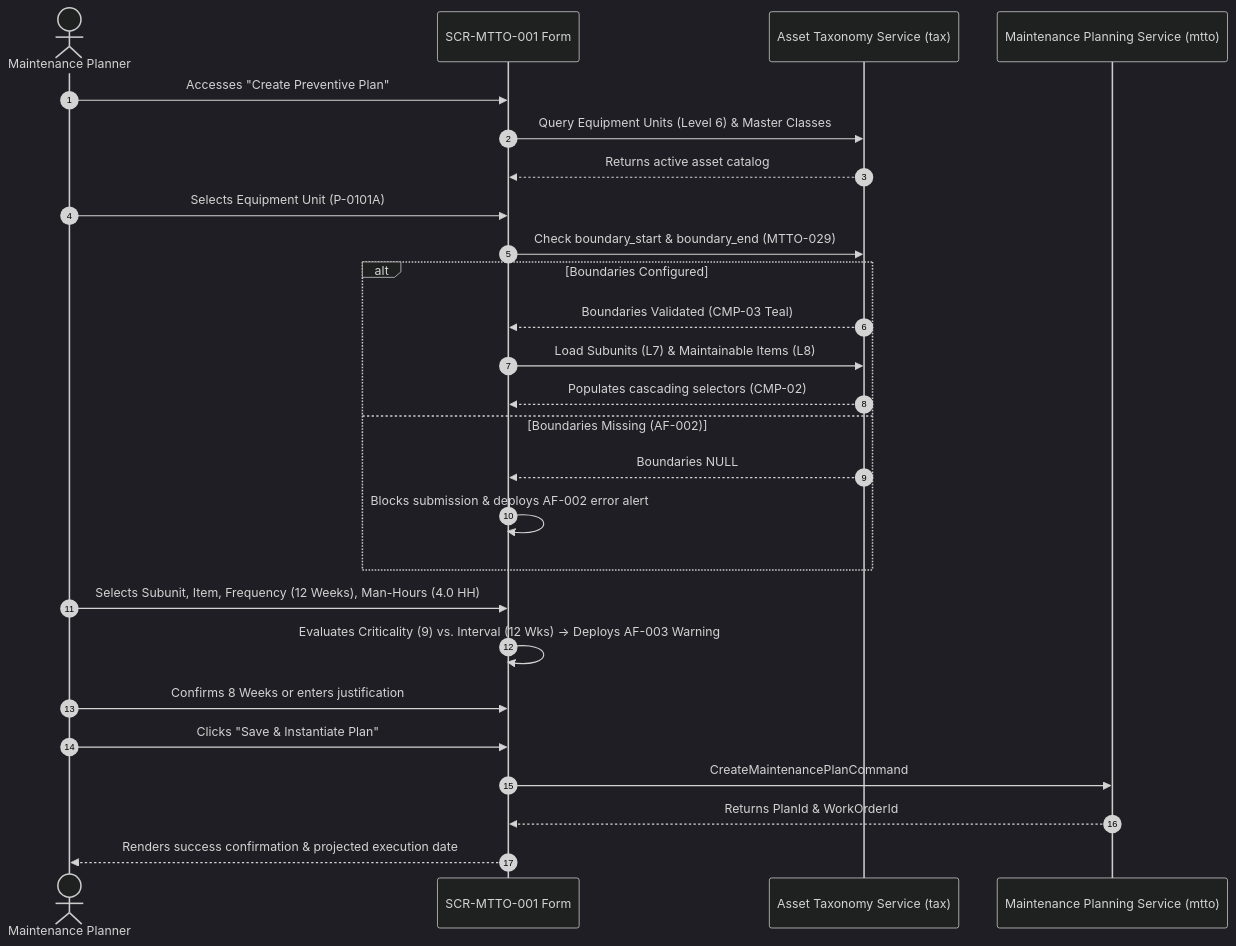
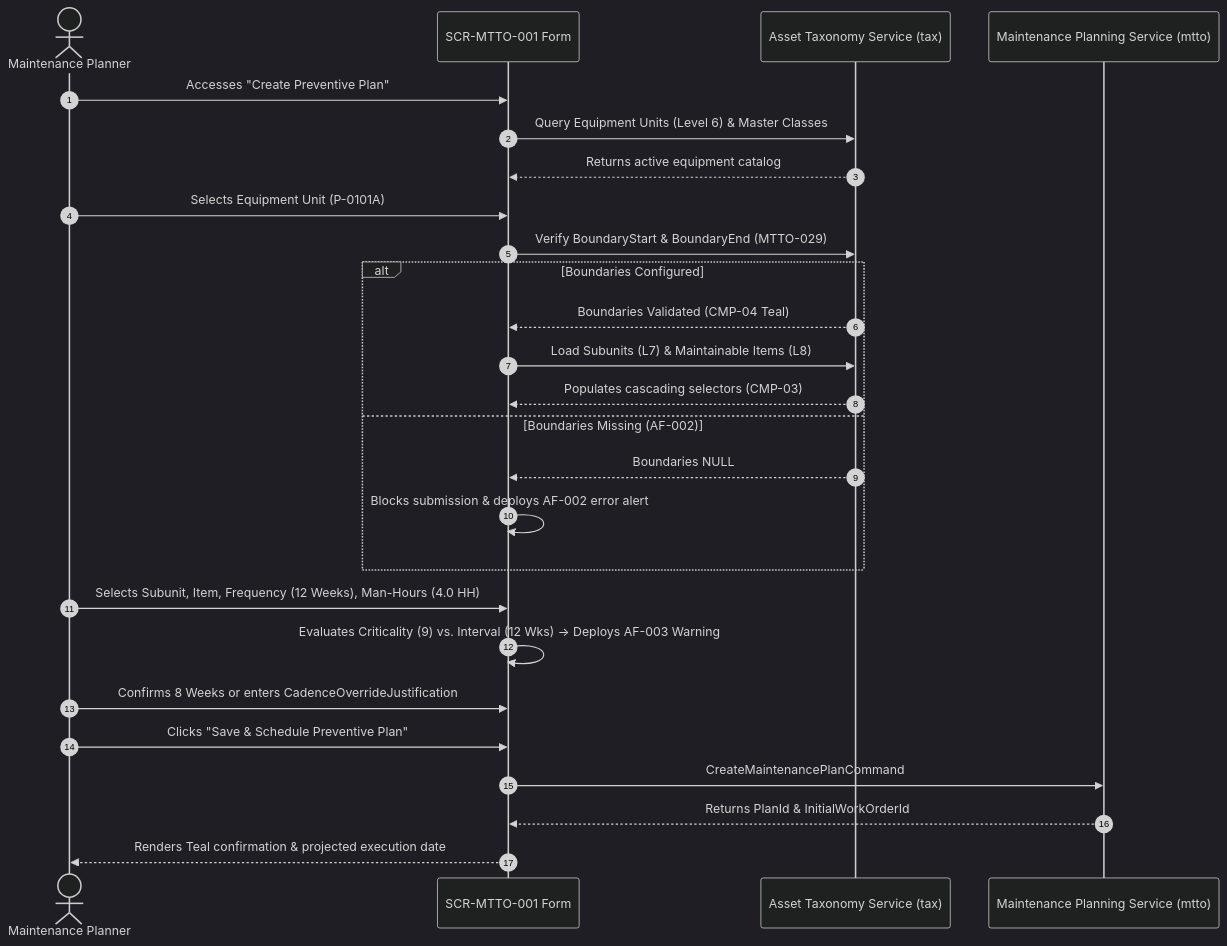
The diagram in ui-ux/screens/mtto/SCR-MTTO-001.md (Novav20/adso-dteam-docs), drawn with Mermaid (dark theme) before and after one commit. The commit also changed other lines of this file, not shown here.

Commit message:
docs(ui): lock SCR-MTTO-001 preventive scheduling spec as Gold Standard v1.2

````diff
--- a/ui-ux/screens/mtto/SCR-MTTO-001.md
+++ b/ui-ux/screens/mtto/SCR-MTTO-001.md
@@ -190,29 +197,29 @@
 ```mermaid
 sequenceDiagram
     autonumber
     actor Planner as Maintenance Planner
     participant UI as SCR-MTTO-001 Form
     participant TAX as Asset Taxonomy Service (tax)
     participant MTTO as Maintenance Planning Service (mtto)
 
     Planner->>UI: Accesses "Create Preventive Plan"
     UI->>TAX: Query Equipment Units (Level 6) & Master Classes
-    TAX-->>UI: Returns active asset catalog
+    TAX-->>UI: Returns active equipment catalog
     Planner->>UI: Selects Equipment Unit (P-0101A)
-    UI->>TAX: Check boundary_start & boundary_end (MTTO-029)
+    UI->>TAX: Verify BoundaryStart & BoundaryEnd (MTTO-029)
     alt Boundaries Configured
-        TAX-->>UI: Boundaries Validated (CMP-03 Teal)
+        TAX-->>UI: Boundaries Validated (CMP-04 Teal)
         UI->>TAX: Load Subunits (L7) & Maintainable Items (L8)
-        TAX-->>UI: Populates cascading selectors (CMP-02)
+        TAX-->>UI: Populates cascading selectors (CMP-03)
     else Boundaries Missing (AF-002)
         TAX-->>UI: Boundaries NULL
         UI->>UI: Blocks submission & deploys AF-002 error alert
     end
     Planner->>UI: Selects Subunit, Item, Frequency (12 Weeks), Man-Hours (4.0 HH)
     UI->>UI: Evaluates Criticality (9) vs. Interval (12 Wks) -> Deploys AF-003 Warning
-    Planner->>UI: Confirms 8 Weeks or enters justification
-    Planner->>UI: Clicks "Save & Instantiate Plan"
+    Planner->>UI: Confirms 8 Weeks or enters CadenceOverrideJustification
+    Planner->>UI: Clicks "Save & Schedule Preventive Plan"
     UI->>MTTO: CreateMaintenancePlanCommand
-    MTTO-->>UI: Returns PlanId & WorkOrderId
-    UI-->>Planner: Renders success confirmation & projected execution date
+    MTTO-->>UI: Returns PlanId & InitialWorkOrderId
+    UI-->>Planner: Renders Teal confirmation & projected execution date
 ```
````
